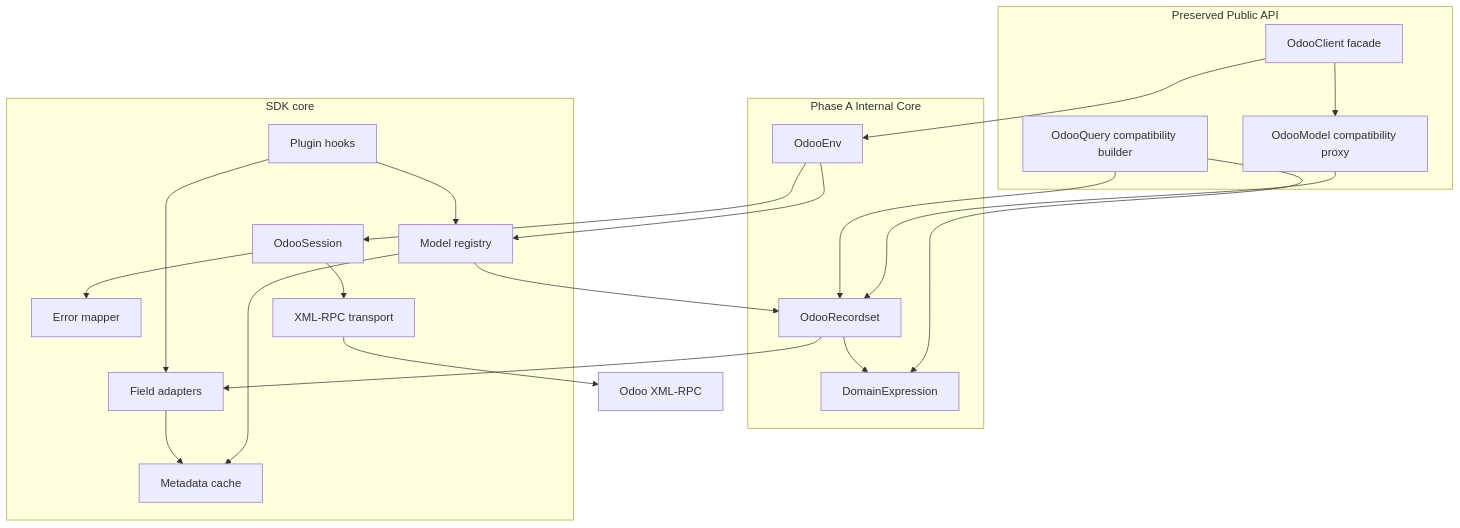
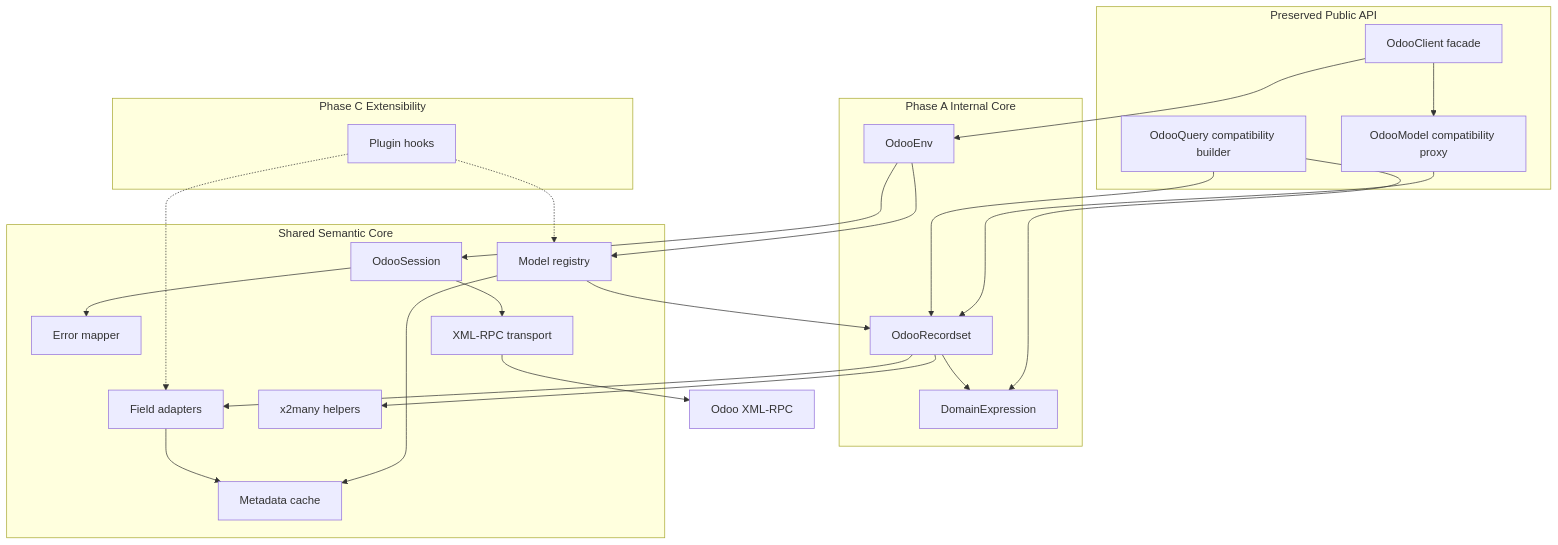
Before and after one commit to Crpaxton4/devcontainer-features: the second of 6 diagrams in docs/odoo-sdk-architecture-plan.md, drawn with Mermaid. The commit also changed other lines of this file and 6 other files, not shown here.

````diff
--- a/docs/odoo-sdk-architecture-plan.md
+++ b/docs/odoo-sdk-architecture-plan.md
@@ -190,42 +192,47 @@
 ```mermaid
 graph TD
     subgraph PublicAPI["Preserved Public API"]
         Client["OdooClient facade"]
         Model["OdooModel compatibility proxy"]
         Query["OdooQuery compatibility builder"]
     end
 
     subgraph PhaseAInternal["Phase A Internal Core"]
         Env["OdooEnv"]
         Recordset["OdooRecordset"]
         Domain["DomainExpression"]
     end
 
-    subgraph Core["SDK core"]
+    subgraph Core["Shared Semantic Core"]
         ModelRegistry["Model registry"]
         MetadataCache["Metadata cache"]
         FieldAdapters["Field adapters"]
+        X2Many["x2many helpers"]
         ErrorMapper["Error mapper"]
         Session["OdooSession"]
         Transport["XML-RPC transport"]
+    end
+
+    subgraph PhaseCExtensibility["Phase C Extensibility"]
         PluginHooks["Plugin hooks"]
     end
 
     Client --> Env
     Client --> Model
     Model --> Recordset
     Query --> Domain
     Query --> Recordset
     Env --> ModelRegistry
     ModelRegistry --> Recordset
     Recordset --> Domain
     Recordset --> FieldAdapters
+    Recordset --> X2Many
     ModelRegistry --> MetadataCache
     FieldAdapters --> MetadataCache
     Env --> Session
     Session --> Transport
     Session --> ErrorMapper
-    PluginHooks --> FieldAdapters
-    PluginHooks --> ModelRegistry
+    PluginHooks -.-> FieldAdapters
+    PluginHooks -.-> ModelRegistry
     Transport --> Odoo["Odoo XML-RPC"]
 ```
````
